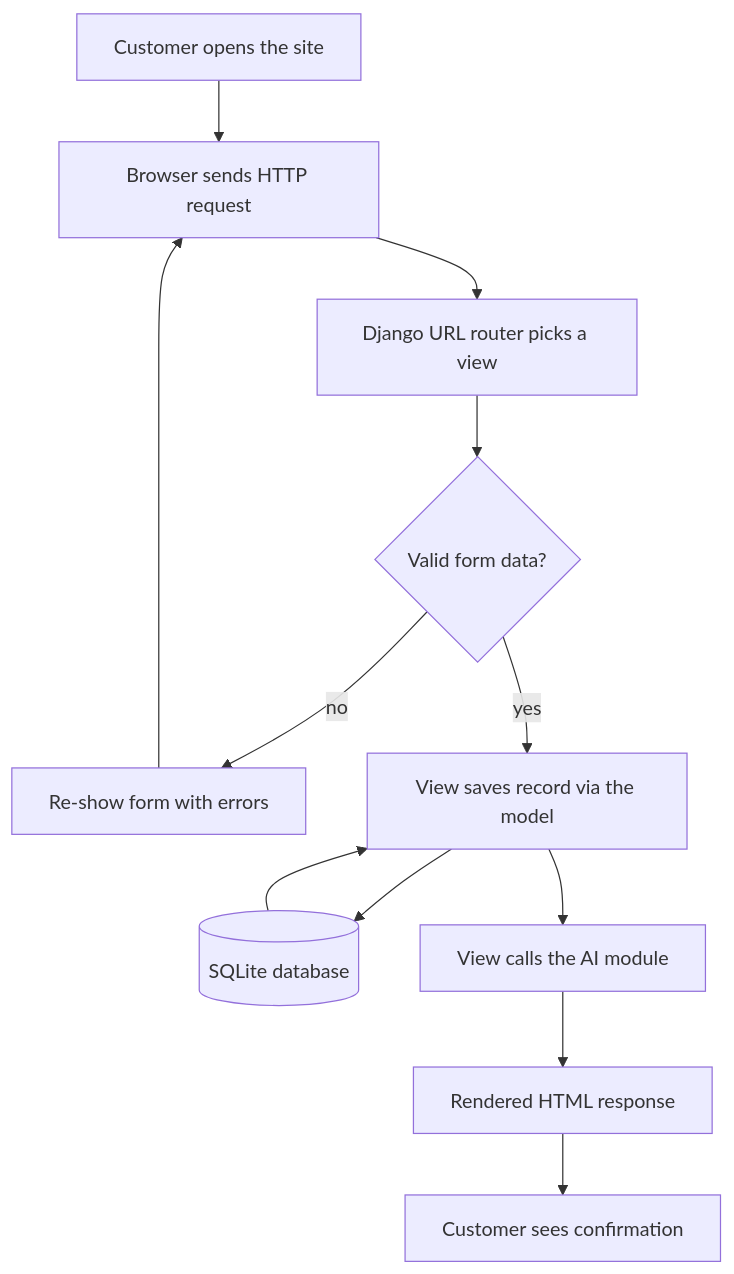
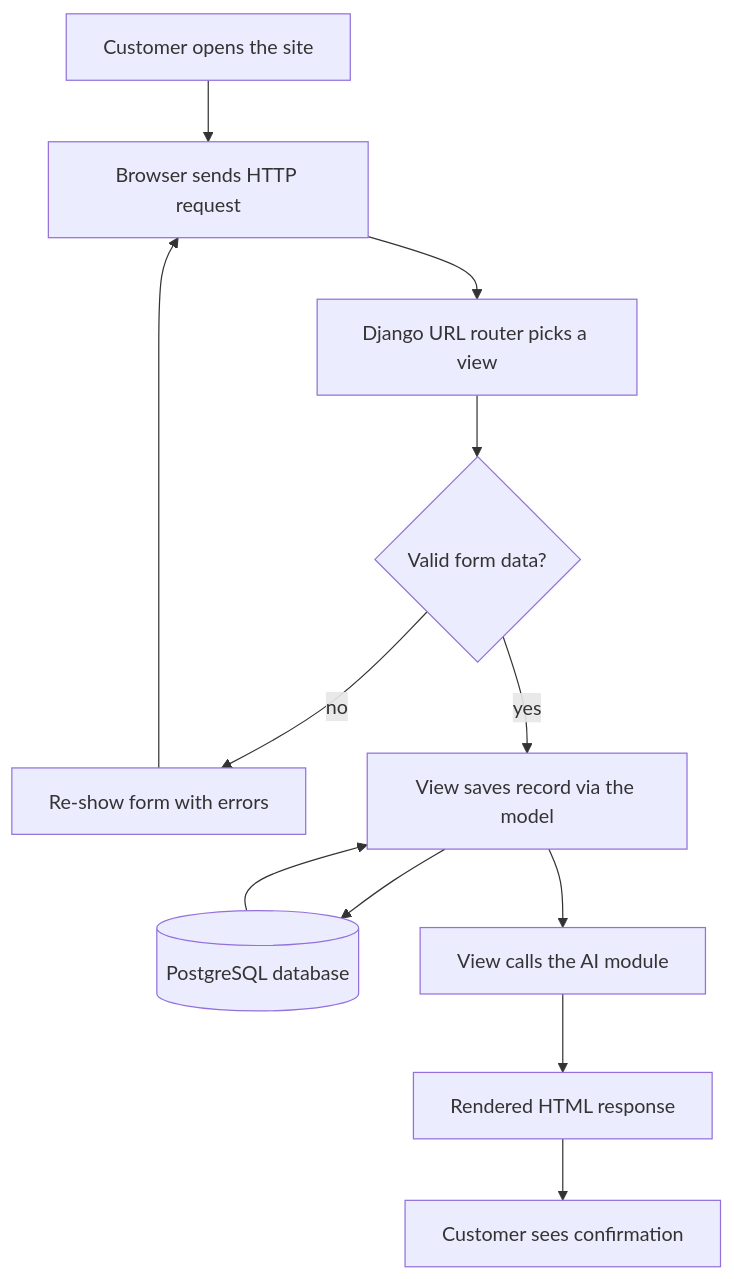
The first of 3 diagrams in docs/flowcharts.md (suskera-sunar/restaurant-table-allocation-engine), drawn with Mermaid before and after one commit. The commit also changed 7 other files, not shown here.

First line of the commit message:
Switch database from SQLite to PostgreSQL

````diff
--- a/docs/flowcharts.md
+++ b/docs/flowcharts.md
@@ -9,14 +9,14 @@
 ```mermaid
 flowchart TD
     A[Customer opens the site] --> B[Browser sends HTTP request]
     B --> C[Django URL router picks a view]
     C --> D{Valid form data?}
     D -- no --> E[Re-show form with errors]
     E --> B
     D -- yes --> F[View saves record via the model]
-    F --> G[(SQLite database)]
+    F --> G[(PostgreSQL database)]
     F --> H[View calls the AI module]
     H --> I[Rendered HTML response]
     G --> F
     I --> J[Customer sees confirmation]
 ```
````
